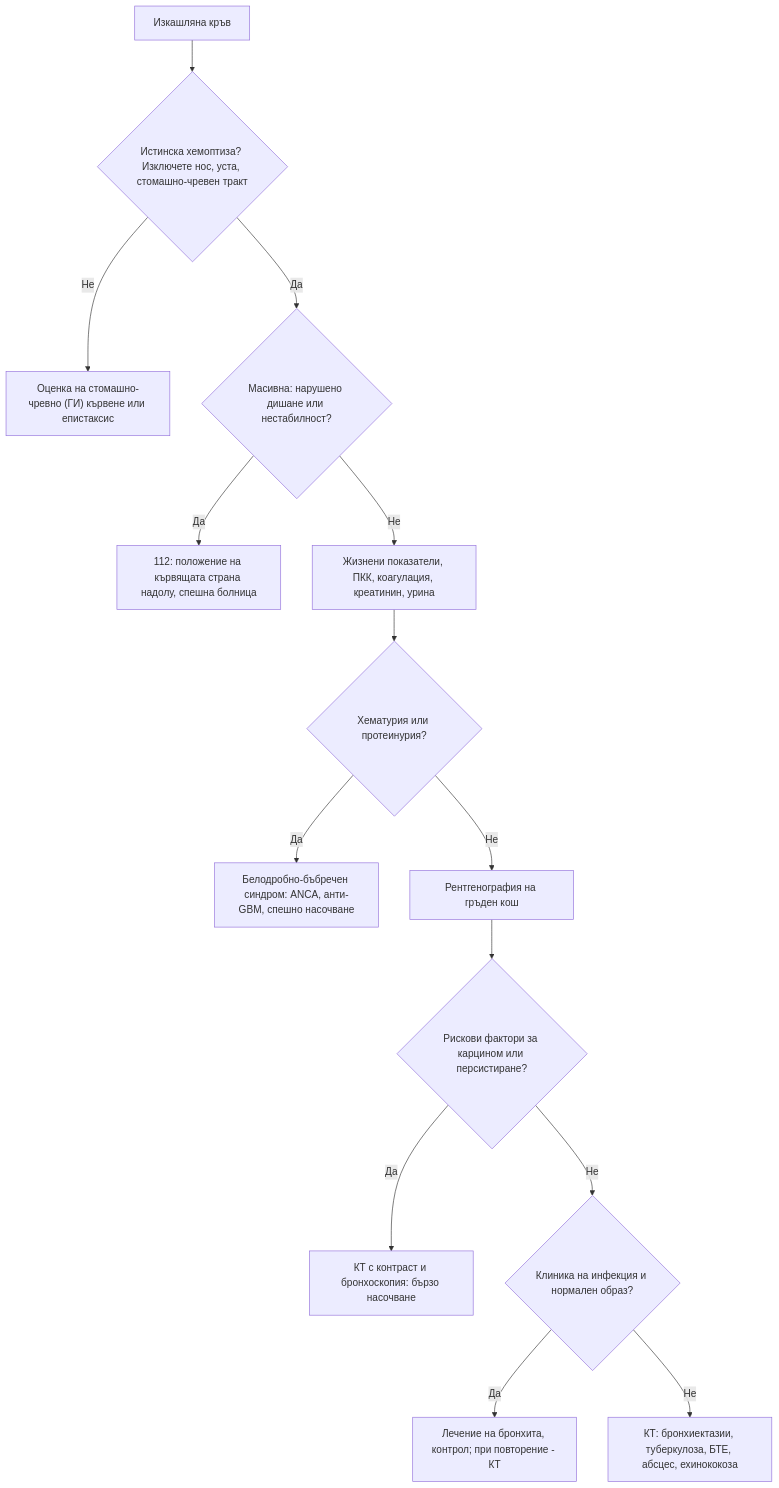
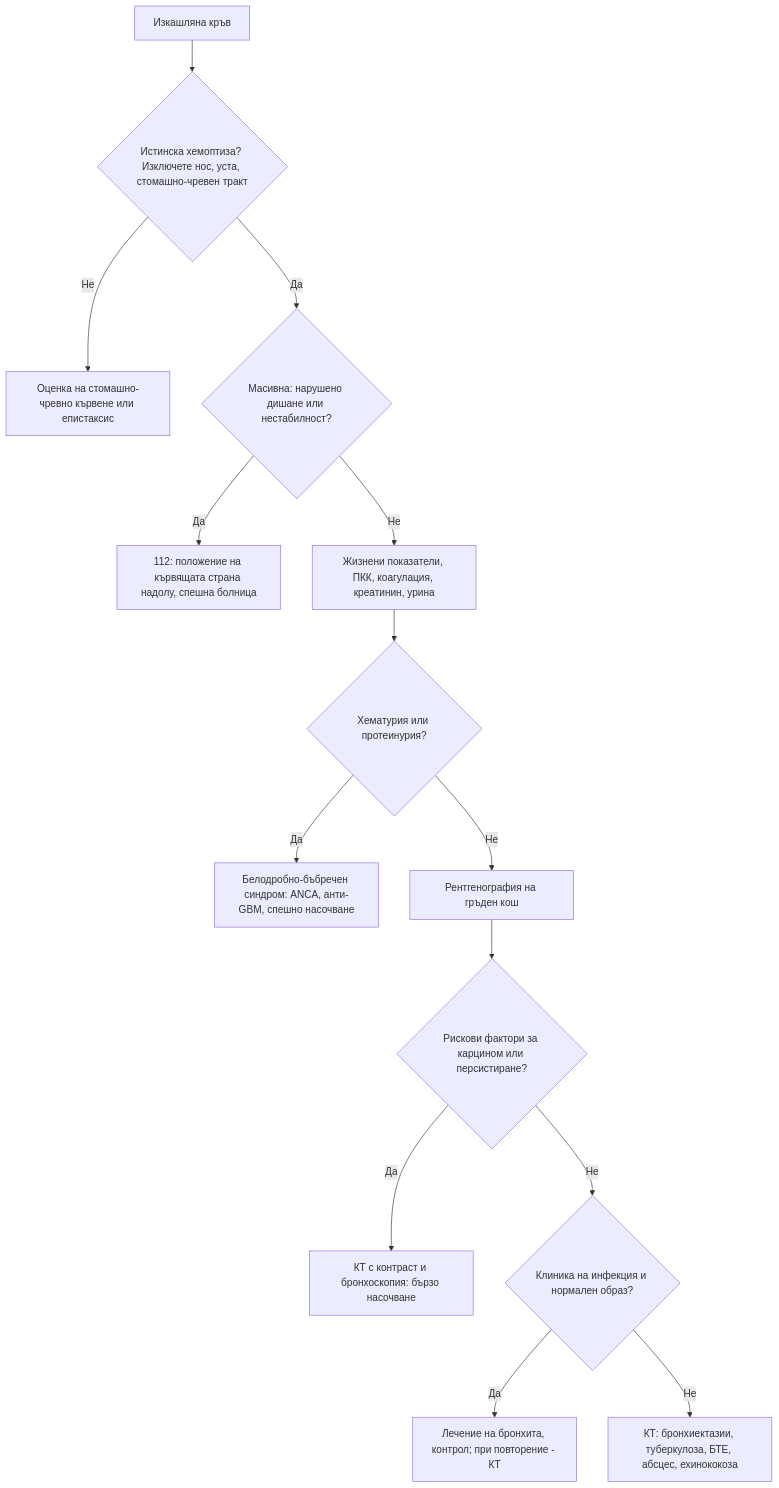
One commit to yancho26/yancho changed the diagram in glavi/17-hemoptiza.md. Above: the diagram before and after it, drawn with Mermaid. The commit also changed other lines of this file and 2 other files, not shown here.

````diff
--- a/glavi/17-hemoptiza.md
+++ b/glavi/17-hemoptiza.md
@@ -148,16 +165,16 @@
 ```mermaid
 flowchart TD
     A["Изкашляна кръв"] --> B{"Истинска хемоптиза? Изключете нос, уста, стомашно-чревен тракт"}
-    B -->|Не| C["Оценка на стомашно-чревно (ГИ) кървене или епистаксис"]
+    B -->|Не| C["Оценка на стомашно-чревно кървене или епистаксис"]
     B -->|Да| D{"Масивна: нарушено дишане или нестабилност?"}
     D -->|Да| E["112: положение на кървящата страна надолу, спешна болница"]
     D -->|Не| F["Жизнени показатели, ПКК, коагулация, креатинин, урина"]
     F --> G{"Хематурия или протеинурия?"}
     G -->|Да| H["Белодробно-бъбречен синдром: ANCA, анти-GBM, спешно насочване"]
     G -->|Не| I["Рентгенография на гръден кош"]
     I --> J{"Рискови фактори за карцином или персистиране?"}
     J -->|Да| K["КТ с контраст и бронхоскопия: бързо насочване"]
     J -->|Не| L{"Клиника на инфекция и нормален образ?"}
     L -->|Да| M["Лечение на бронхита, контрол; при повторение - КТ"]
     L -->|Не| N["КТ: бронхиектазии, туберкулоза, БТЕ, абсцес, ехинококоза"]
 ```
````
